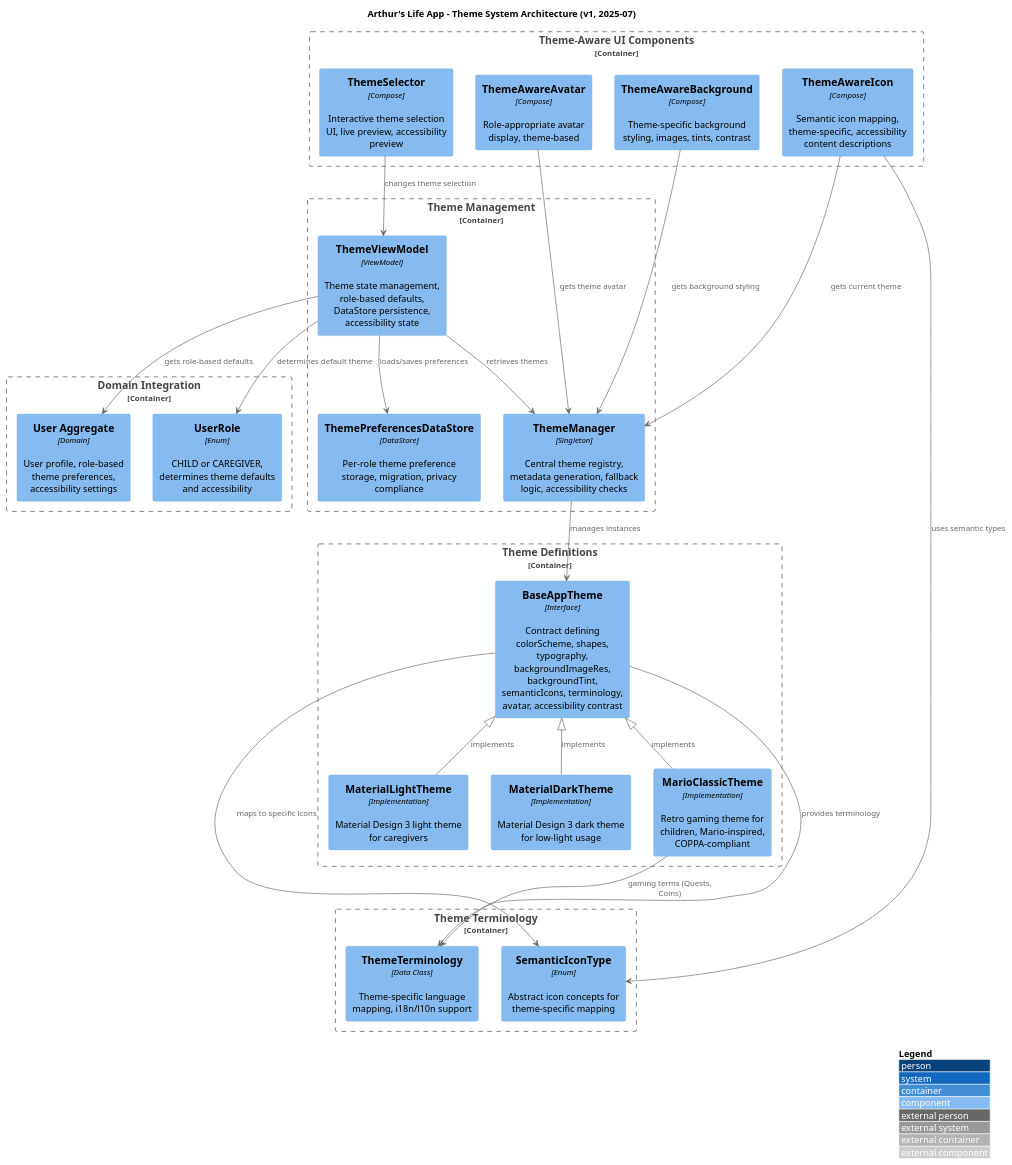
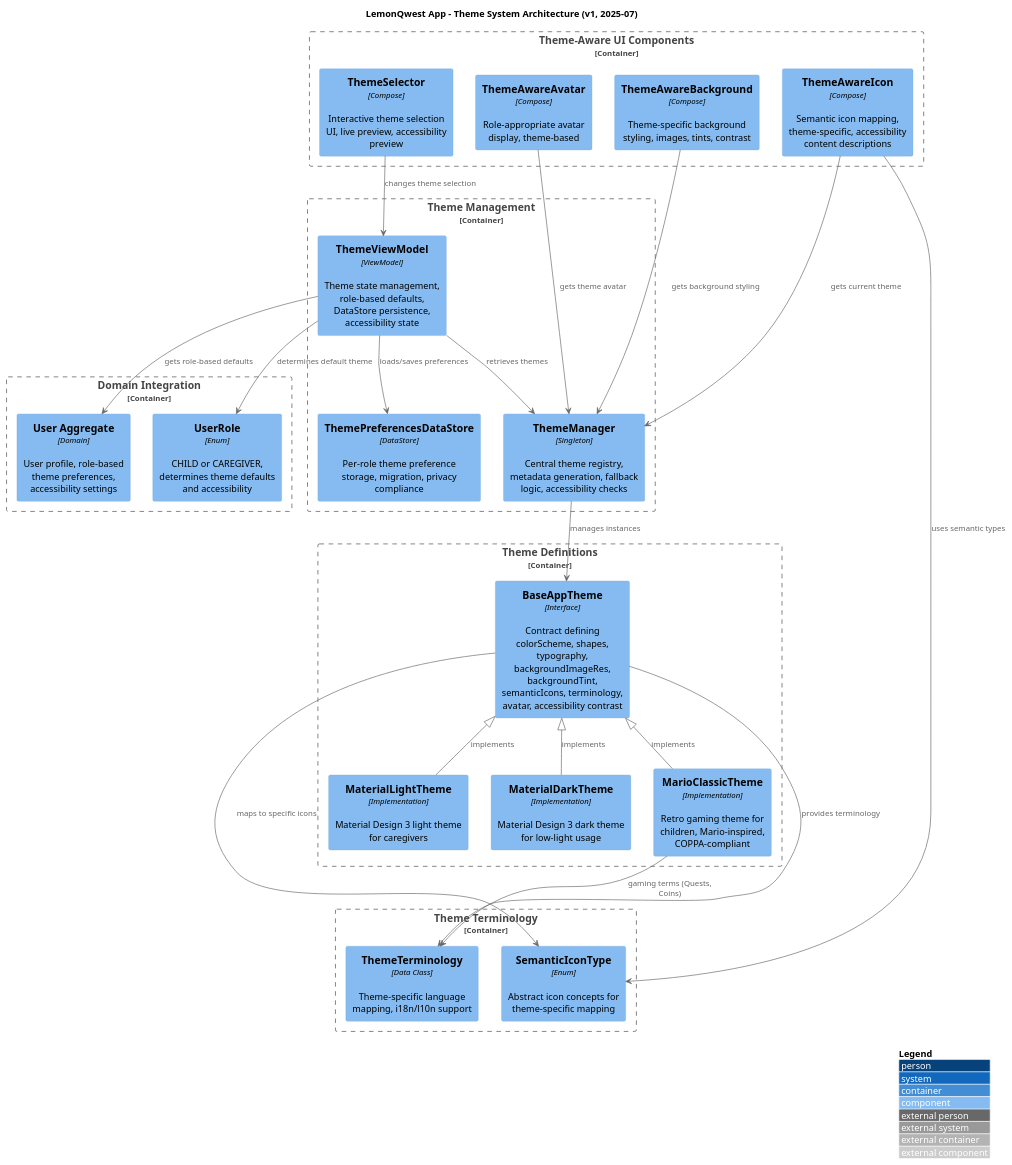
One commit to almeidaraphael/arthurs-life-app changed the diagram in docs/diagrams/theme-system-architecture.puml. Above: the diagram before and after it, drawn with PlantUML. The commit also changed 778 other files, not shown here.

First line of the commit message:
refactor: rename Arthurs Life App to LemonQwest across codebase and documentation

```diff
--- a/docs/diagrams/theme-system-architecture.puml
+++ b/docs/diagrams/theme-system-architecture.puml
@@ -1,62 +1,62 @@
 @startuml theme-system-architecture
 !includeurl https://raw.githubusercontent.com/plantuml-stdlib/C4-PlantUML/master/C4_Component.puml
 
 LAYOUT_WITH_LEGEND()
 
-title Arthur's Life App - Theme System Architecture (v1, 2025-07)
+title LemonQwest App - Theme System Architecture (v1, 2025-07)
 
 Container_Boundary(themes, "Theme Definitions") {
   Component(baseapptheme, "BaseAppTheme", "Interface", "Contract defining colorScheme, shapes, typography, backgroundImageRes, backgroundTint, semanticIcons, terminology, avatar, accessibility contrast")
   Component(materiallight, "MaterialLightTheme", "Implementation", "Material Design 3 light theme for caregivers")
   Component(materialdark, "MaterialDarkTheme", "Implementation", "Material Design 3 dark theme for low-light usage")
   Component(marioclassic, "MarioClassicTheme", "Implementation", "Retro gaming theme for children, Mario-inspired, COPPA-compliant")
 }
 
 Container_Boundary(management, "Theme Management") {
   Component(thememanager, "ThemeManager", "Singleton", "Central theme registry, metadata generation, fallback logic, accessibility checks")
   Component(themeviewmodel, "ThemeViewModel", "ViewModel", "Theme state management, role-based defaults, DataStore persistence, accessibility state")
   Component(themepreferences, "ThemePreferencesDataStore", "DataStore", "Per-role theme preference storage, migration, privacy compliance")
 }
 
 Container_Boundary(ui, "Theme-Aware UI Components") {
   Component(themeawareicon, "ThemeAwareIcon", "Compose", "Semantic icon mapping, theme-specific, accessibility content descriptions")
   Component(themeawareavatar, "ThemeAwareAvatar", "Compose", "Role-appropriate avatar display, theme-based")
   Component(themeawarebackground, "ThemeAwareBackground", "Compose", "Theme-specific background styling, images, tints, contrast")
   Component(themeselector, "ThemeSelector", "Compose", "Interactive theme selection UI, live preview, accessibility preview")
 }
 
 Container_Boundary(domain, "Domain Integration") {
   Component(user, "User Aggregate", "Domain", "User profile, role-based theme preferences, accessibility settings")
   Component(userrole, "UserRole", "Enum", "CHILD or CAREGIVER, determines theme defaults and accessibility")
 }
 
 Container_Boundary(terminology, "Theme Terminology") {
   Component(themeterminology, "ThemeTerminology", "Data Class", "Theme-specific language mapping, i18n/l10n support")
   Component(semanticicons, "SemanticIconType", "Enum", "Abstract icon concepts for theme-specific mapping")
 }
 
 ' Theme inheritance relationships
 baseapptheme <|-- materiallight : "implements"
 baseapptheme <|-- materialdark : "implements"
 baseapptheme <|-- marioclassic : "implements"
 
 ' Theme management relationships
 thememanager --> baseapptheme : "manages instances"
 themeviewmodel --> thememanager : "retrieves themes"
 themeviewmodel --> themepreferences : "loads/saves preferences"
 themeviewmodel --> user : "gets role-based defaults"
 themeviewmodel --> userrole : "determines default theme"
 
 ' UI component relationships
 themeawareicon --> thememanager : "gets current theme"
 themeawareicon --> semanticicons : "uses semantic types"
 themeawareavatar --> thememanager : "gets theme avatar"
 themeawarebackground --> thememanager : "gets background styling"
 themeselector --> themeviewmodel : "changes theme selection"
 
 ' Theme content relationships
 baseapptheme --> themeterminology : "provides terminology"
 baseapptheme --> semanticicons : "maps to specific icons"
 marioclassic --> themeterminology : "gaming terms (Quests, Coins)"
 
 @enduml
```
